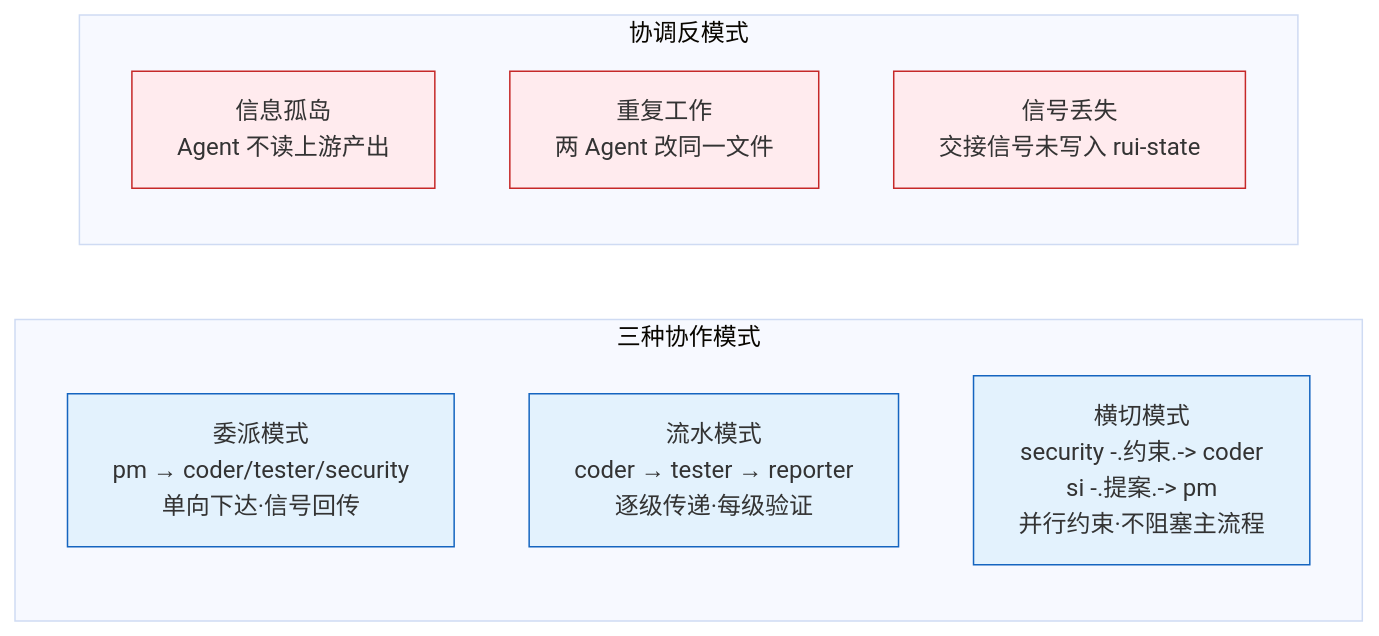
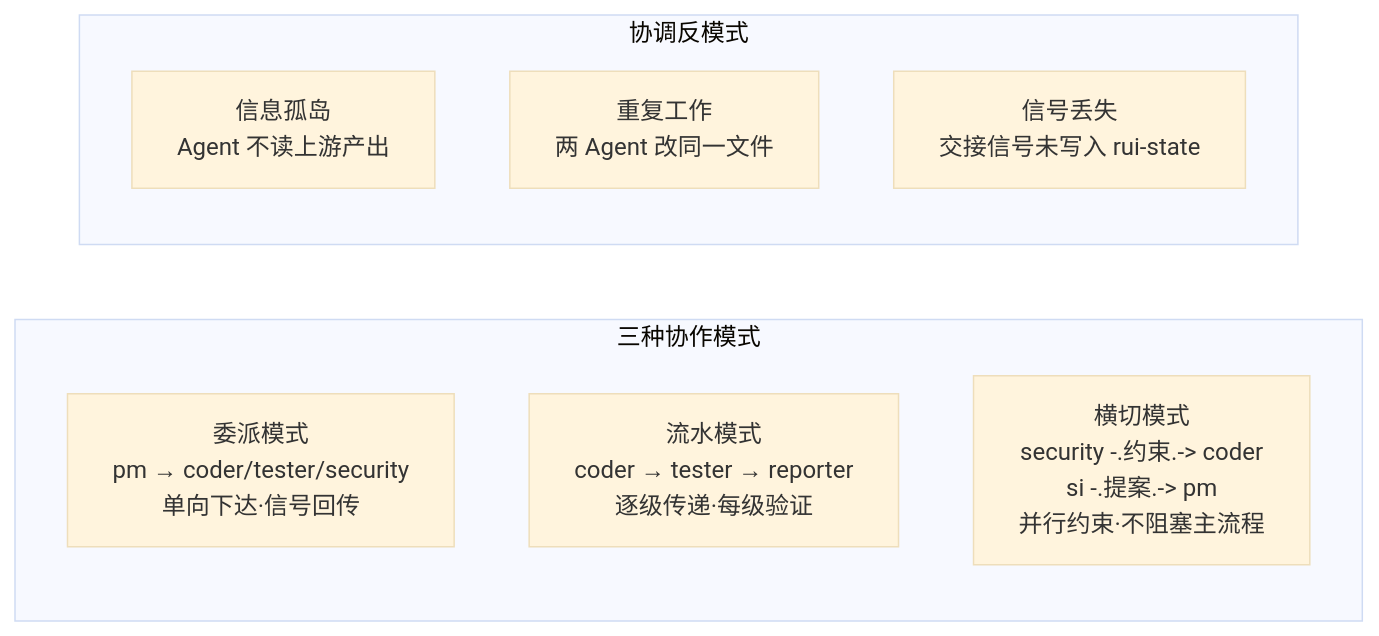
One commit to effiy/YrY changed the seventh of 7 diagrams in agents/AGENT.md. Above: the diagram before and after it, drawn with Mermaid (base theme). The commit also changed other lines of this file and 9 other files, not shown here.

````diff
--- a/agents/AGENT.md
+++ b/agents/AGENT.md
@@ -265,17 +255,15 @@
 ```mermaid
 flowchart LR
     subgraph 协作["三种协作模式"]
         P1["委派模式<br/>pm → coder/tester/security<br/>单向下达·信号回传"]:::mode
         P2["流水模式<br/>coder → tester → reporter<br/>逐级传递·每级验证"]:::mode
         P3["横切模式<br/>security -.约束.-> coder<br/>si -.提案.-> pm<br/>并行约束·不阻塞主流程"]:::mode
     end
 
     subgraph 失败["协调反模式"]
         F1["信息孤岛<br/>Agent 不读上游产出"]:::bad
         F2["重复工作<br/>两 Agent 改同一文件"]:::bad
         F3["信号丢失<br/>交接信号未写入 rui-state"]:::bad
     end
 
-    classDef mode fill:#e3f2fd,stroke:#1565c0;
-    classDef bad fill:#ffebee,stroke:#c62828;
 ```
````
